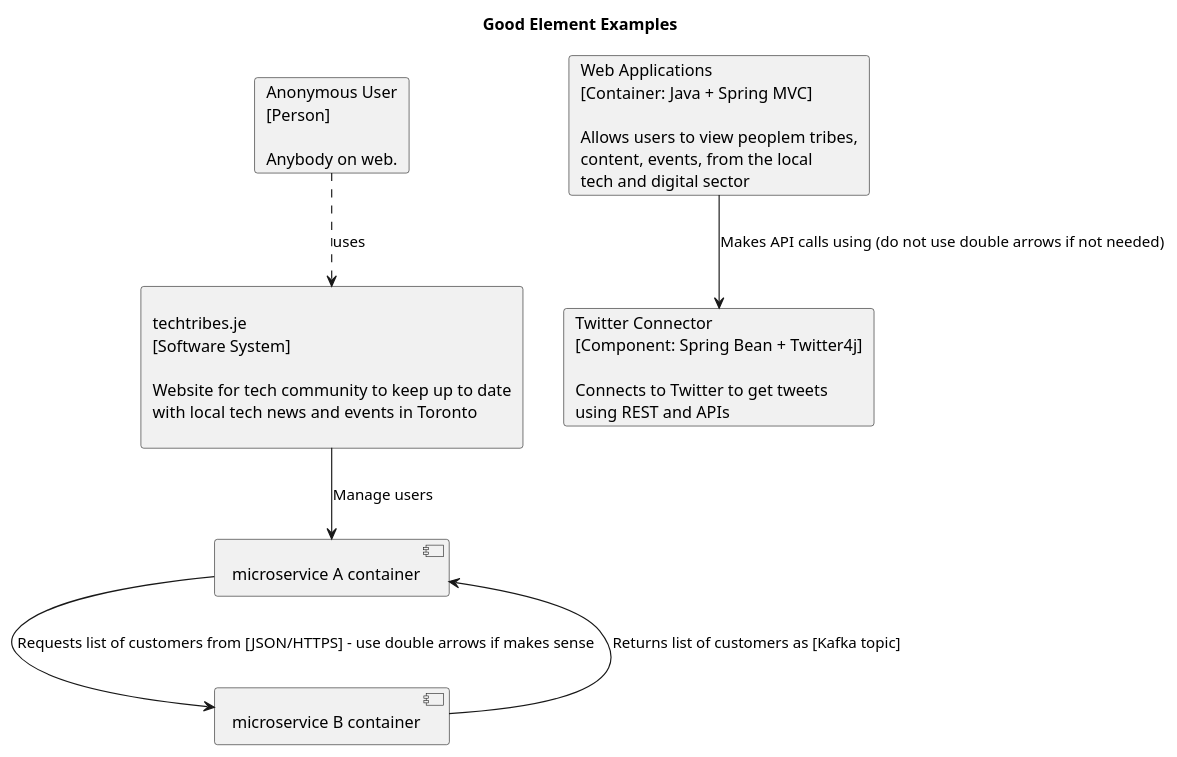
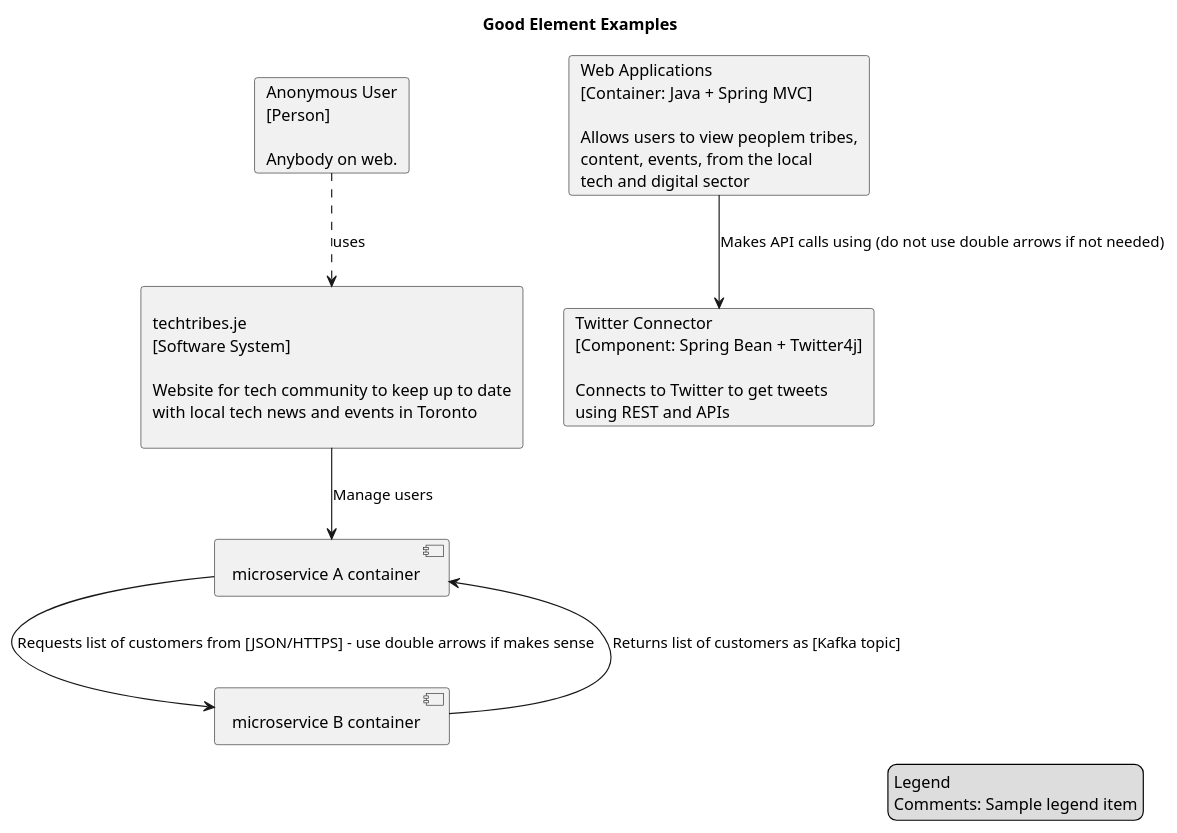
One commit to justunsix/garden changed the fourth of 4 diagrams in src/content/docs/notes/004-Computer-Tech-Architecture-C4-Model-for-Software.md. Above: the diagram before and after it, drawn with PlantUML. The commit also changed 81 other files, not shown here.

````diff
--- a/src/content/docs/notes/004-Computer-Tech-Architecture-C4-Model-for-Software.md
+++ b/src/content/docs/notes/004-Computer-Tech-Architecture-C4-Model-for-Software.md
@@ -272,49 +272,54 @@
 ``` plantuml
 @startuml
 
 title Good Element Examples
 
 card auser [
 Anonymous User
 [Person]
 
 Anybody on web.
 ]
 
 card techtribes [
 
 techtribes.je
 [Software System]
 
 Website for tech community to keep up to date
 with local tech news and events in Toronto
 
 ]
 
 card webapp [
 Web Applications
 [Container: Java + Spring MVC]
 
 Allows users to view peoplem tribes,
 content, events, from the local
 tech and digital sector
 ]
 
 card twconn [
 Twitter Connector
 [Component: Spring Bean + Twitter4j]
 
 Connects to Twitter to get tweets
 using REST and APIs
 ]
 
 auser -[Dashed]-> techtribes : uses
 
 webapp --> twconn : Makes API calls using (do not use double arrows if not needed)
 
 techtribes -d-> [microservice A container] : Manage users
 [microservice A container] -d-> [microservice B container] : Requests list of customers from [JSON/HTTPS] - use double arrows if makes sense
 [microservice B container] -u-> [microservice A container] : Returns list of customers as [Kafka topic]
 
+legend right
+Legend
+Comments: Sample legend item
+endlegend
+
 @enduml
 ```
````
